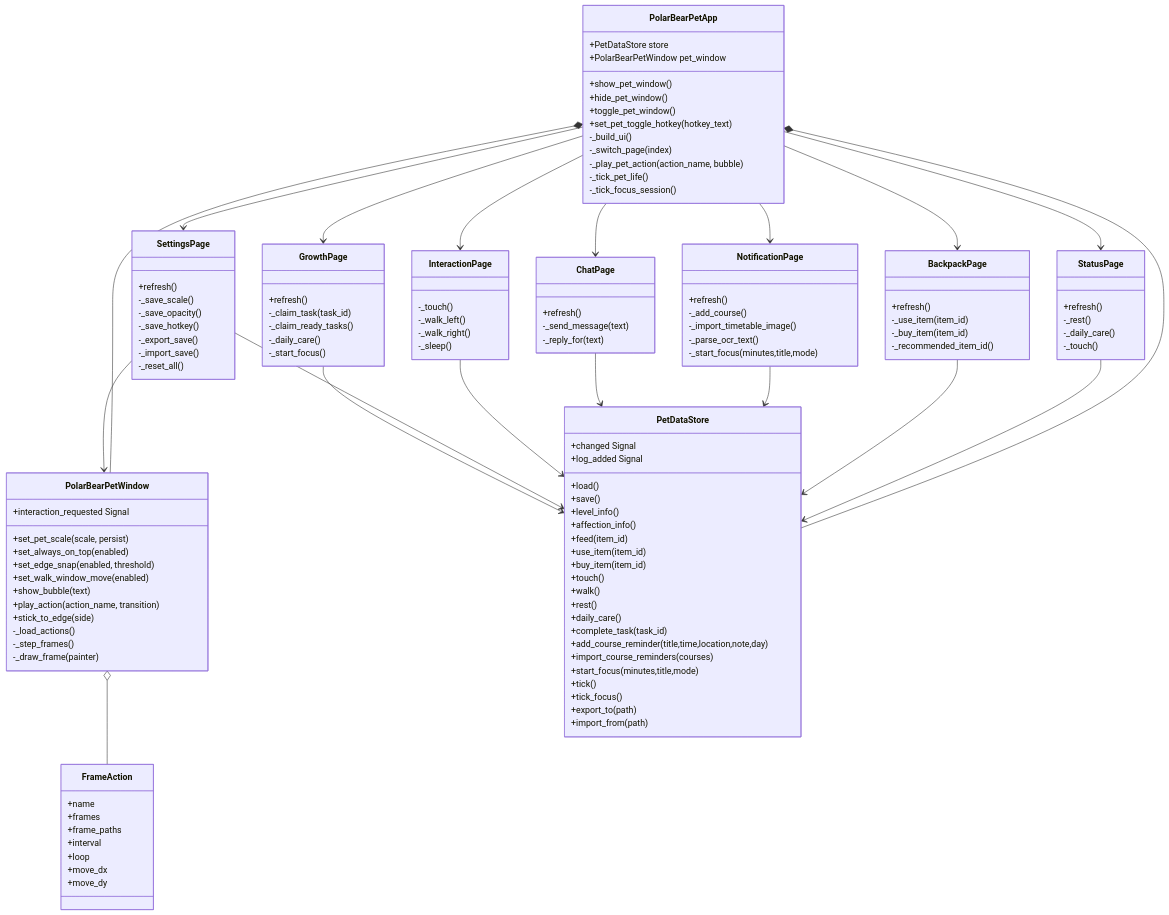
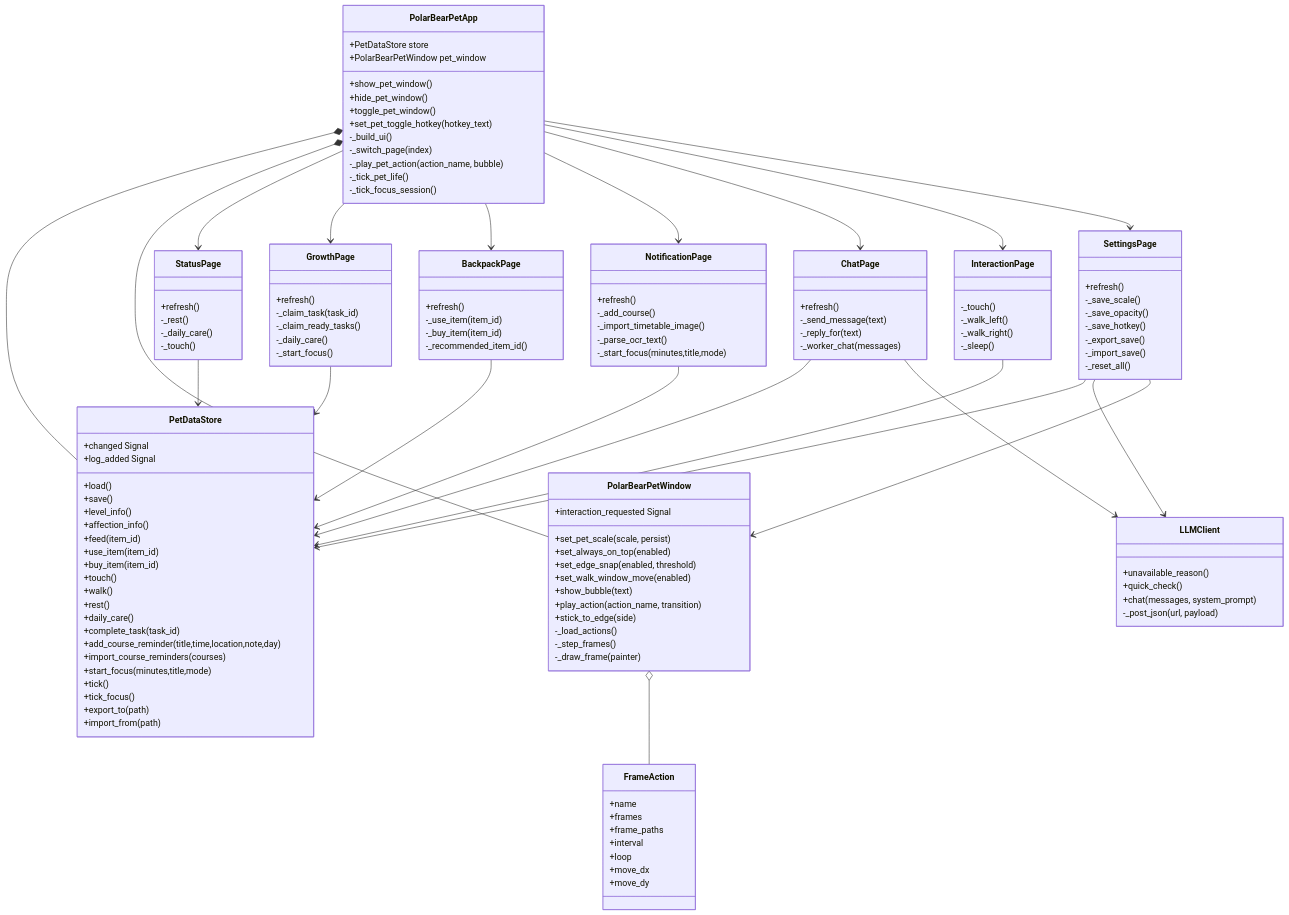
Before and after one commit to ToT147258/Arctic-Bear-Desktop-Pet: the third of 5 diagrams in docs/系统设计文档.md, drawn with Mermaid. The commit also changed other lines of this file and 7 other files, not shown here.

````diff
--- a/docs/系统设计文档.md
+++ b/docs/系统设计文档.md
@@ -261,6 +268,14 @@
         +refresh()
         -_send_message(text)
         -_reply_for(text)
+        -_worker_chat(messages)
+    }
+
+    class LLMClient {
+        +unavailable_reason()
+        +quick_check()
+        +chat(messages, system_prompt)
+        -_post_json(url, payload)
     }
 
     class InteractionPage {
@@ -294,8 +309,10 @@
     BackpackPage --> PetDataStore
     NotificationPage --> PetDataStore
     ChatPage --> PetDataStore
+    ChatPage --> LLMClient
     InteractionPage --> PetDataStore
     SettingsPage --> PetDataStore
+    SettingsPage --> LLMClient
     GrowthPage --> PetDataStore
     SettingsPage --> PolarBearPetWindow
 ```
````
